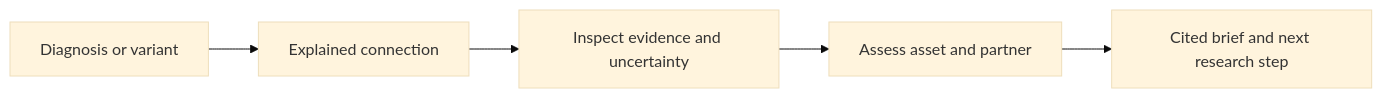
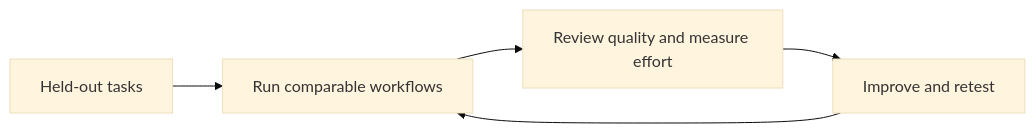
One commit to lukaschudy/LIT-knowledge-graph changed the sixth of 6 diagrams in README.md. Above: the diagram before and after it, drawn with Mermaid (base theme). The commit also changed other lines of this file, not shown here.

Commit message:
docs: split architecture into focused workflow diagrams

````diff
--- a/README.md
+++ b/README.md
@@ -46,7 +89,7 @@
 ```mermaid
 flowchart LR
-    Diagnosis[Diagnosis or variant] --> Connection[Explained connection]
-    Connection --> Evidence[Inspect evidence and uncertainty]
-    Evidence --> Asset[Assess asset and partner]
-    Asset --> Action[Cited brief and next research step]
+    Tasks[Held-out tasks] --> Compare[Run comparable workflows]
+    Compare --> Review[Review quality and measure effort]
+    Review --> Improve[Improve and retest]
+    Improve --> Compare
 ```
````
